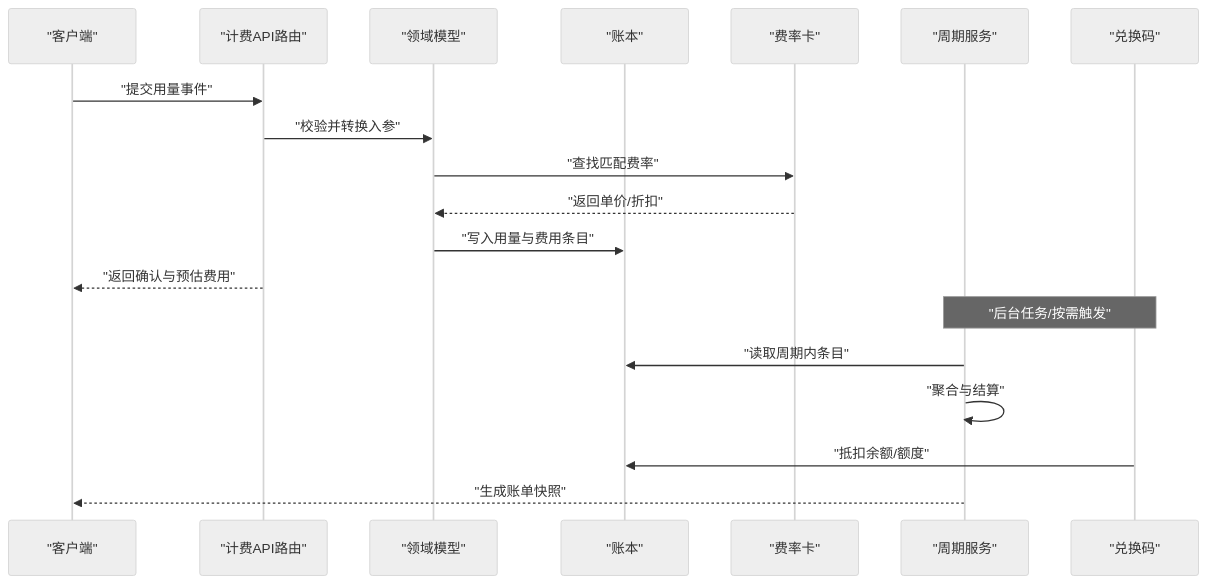
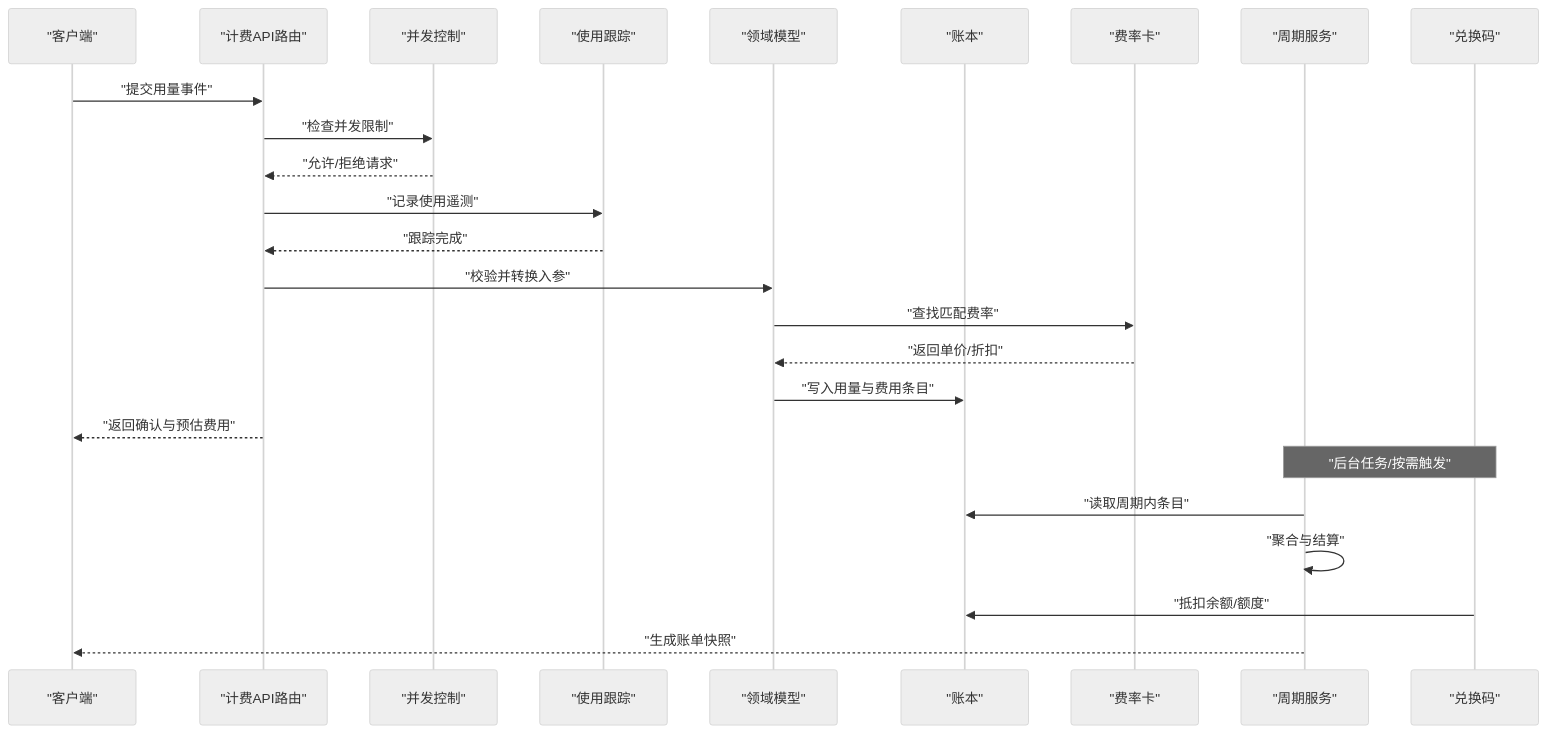
The second of 5 diagrams in .qoder/repowiki/zh/content/数据库设计/数据库计费模式设计.md (scottcwy/PurpleInk), drawn with Mermaid (neutral theme) before and after one commit. The commit also changed other lines of this file and 23 other files, not shown here.

````diff
--- a/.qoder/repowiki/zh/content/数据库设计/数据库计费模式设计.md
+++ b/.qoder/repowiki/zh/content/数据库设计/数据库计费模式设计.md
@@ -97,21 +116,27 @@
 ```mermaid
 sequenceDiagram
 participant Client as "客户端"
 participant API as "计费API路由"
+participant Concurrency as "并发控制"
+participant Tracking as "使用跟踪"
 participant Domain as "领域模型"
 participant Ledger as "账本"
 participant RateCard as "费率卡"
 participant Period as "周期服务"
 participant Redemption as "兑换码"
 Client->>API : "提交用量事件"
+API->>Concurrency : "检查并发限制"
+Concurrency-->>API : "允许/拒绝请求"
+API->>Tracking : "记录使用遥测"
+Tracking-->>API : "跟踪完成"
 API->>Domain : "校验并转换入参"
 Domain->>RateCard : "查找匹配费率"
 RateCard-->>Domain : "返回单价/折扣"
 Domain->>Ledger : "写入用量与费用条目"
 API-->>Client : "返回确认与预估费用"
 Note over Period,Redemption : "后台任务/按需触发"
 Period->>Ledger : "读取周期内条目"
 Period->>Period : "聚合与结算"
 Redemption->>Ledger : "抵扣余额/额度"
 Period-->>Client : "生成账单快照"
 ```
````
